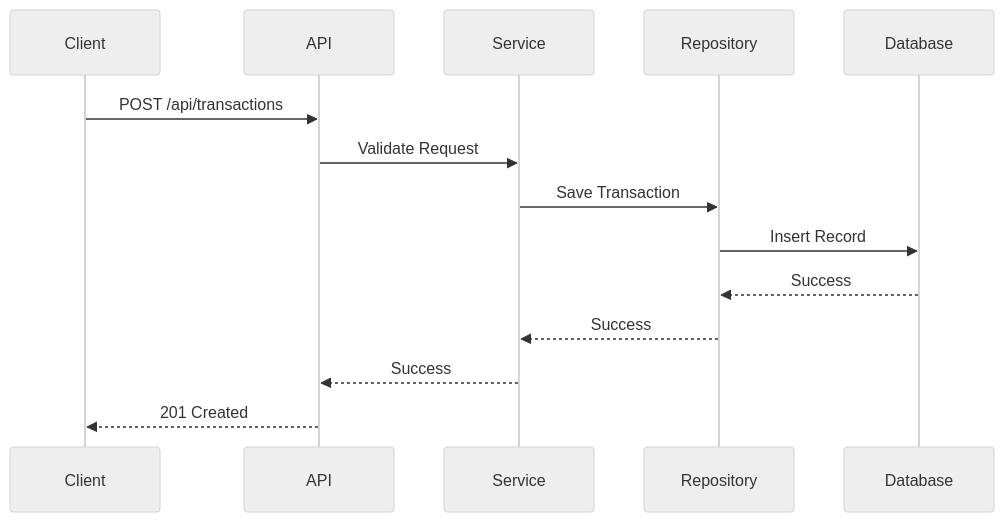
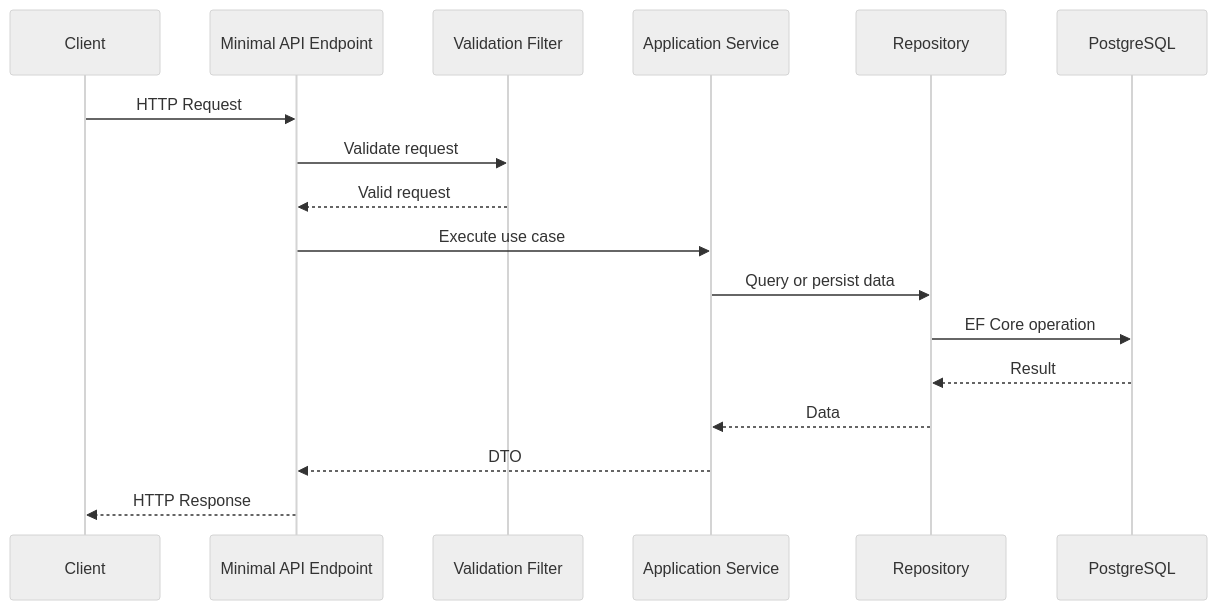
One commit to handyana05/expenses-tracker changed the second of 4 diagrams in backend/README.md. Above: the diagram before and after it, drawn with Mermaid (neutral theme). The commit also changed other lines of this file and 1 other file, not shown here.

````diff
--- a/backend/README.md
+++ b/backend/README.md
@@ -314,25 +162,21 @@
 ```mermaid
 sequenceDiagram
 
-    participant Client
-    participant API
-    participant Service
-    participant Repository
-    participant Database
-
-    Client->>API: POST /api/transactions
-
-    API->>Service: Validate Request
-
-    Service->>Repository: Save Transaction
-
-    Repository->>Database: Insert Record
-
-    Database-->>Repository: Success
-
-    Repository-->>Service: Success
-
-    Service-->>API: Success
-
-    API-->>Client: 201 Created
+    participant Client 
+    participant API as Minimal API Endpoint 
+    participant Filter as Validation Filter 
+    participant Service as Application Service 
+    participant Repo as Repository 
+    participant DB as PostgreSQL 
+    
+    Client->>API: HTTP Request 
+    API->>Filter: Validate request 
+    Filter-->>API: Valid request 
+    API->>Service: Execute use case 
+    Service->>Repo: Query or persist data 
+    Repo->>DB: EF Core operation 
+    DB-->>Repo: Result 
+    Repo-->>Service: Data 
+    Service-->>API: DTO 
+    API-->>Client: HTTP Response
 ```
````
